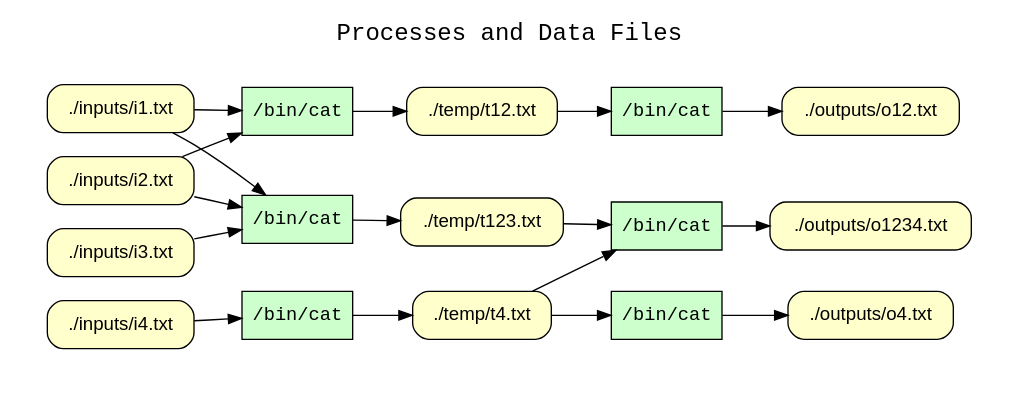
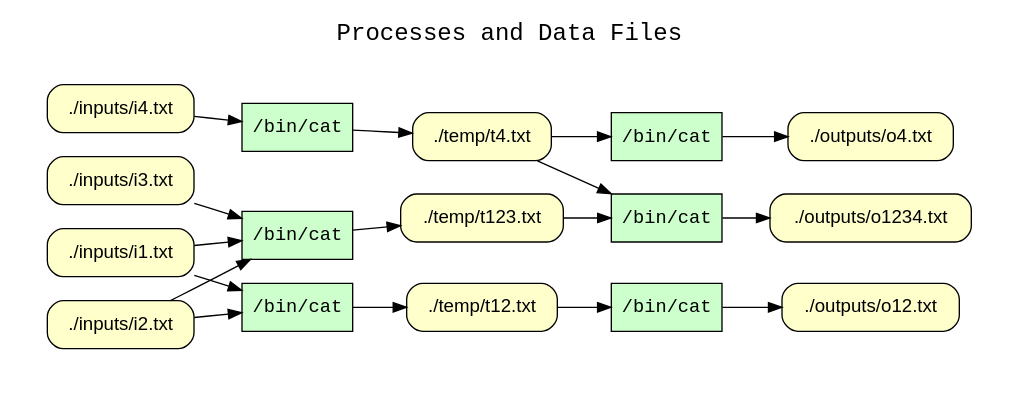
One commit to CIRSS/cpr changed the diagram in examples/08-branched-pipeline/graphs.d/wt_processes_and_data_files.dot. Above: the diagram before and after it, drawn with Graphviz. The commit also changed other lines of this file and 21 other files, not shown here.

```diff
--- a/examples/08-branched-pipeline/graphs.d/wt_processes_and_data_files.dot
+++ b/examples/08-branched-pipeline/graphs.d/wt_processes_and_data_files.dot
@@ -1,43 +1,43 @@
 
 digraph wt_run {
 rankdir=LR
 fontname=Courier; fontsize=18; labelloc=t
 label="Processes and Data Files"
 subgraph cluster_inputs { label=""; color=white; penwidth=0
 subgraph cluster_inputs_inner { label=""; color=white
 node[shape=box style="filled" fillcolor="#CCFFCC" peripheries=1 fontname=Courier]
 "exe:e7" [label="/bin/cat"]
 "exe:e6" [label="/bin/cat"]
 "exe:e5" [label="/bin/cat"]
 "exe:e4" [label="/bin/cat"]
 "exe:e3" [label="/bin/cat"]
 "exe:e2" [label="/bin/cat"]
 node[shape=box style="rounded,filled" fillcolor="#FFFFCC" peripheries=1 fontname=Helvetica]
+"access:i17" [label="./temp/t123.txt"]
+"access:i20" [label="./inputs/i4.txt"]
+"access:i23" [label="./outputs/o4.txt"]
+"access:i21" [label="./outputs/o12.txt"]
+"access:i18" [label="./inputs/i3.txt"]
 "access:i15" [label="./inputs/i1.txt"]
-"access:i23" [label="./outputs/o4.txt"]
 "access:i10" [label="./temp/t12.txt"]
 "access:i16" [label="./inputs/i2.txt"]
 "access:i19" [label="./temp/t4.txt"]
-"access:i17" [label="./temp/t123.txt"]
 "access:i22" [label="./outputs/o1234.txt"]
-"access:i20" [label="./inputs/i4.txt"]
-"access:i21" [label="./outputs/o12.txt"]
-"access:i18" [label="./inputs/i3.txt"]
 "exe:e7" -> "access:i23"
 "exe:e6" -> "access:i22"
 "exe:e5" -> "access:i21"
 "exe:e4" -> "access:i19"
 "exe:e3" -> "access:i17"
 "exe:e2" -> "access:i10"
 "access:i19" -> "exe:e7"
 "access:i17" -> "exe:e6"
 "access:i19" -> "exe:e6"
 "access:i10" -> "exe:e5"
 "access:i20" -> "exe:e4"
 "access:i15" -> "exe:e3"
 "access:i16" -> "exe:e3"
 "access:i18" -> "exe:e3"
 "access:i15" -> "exe:e2"
 "access:i16" -> "exe:e2"
 }}
 }
```
